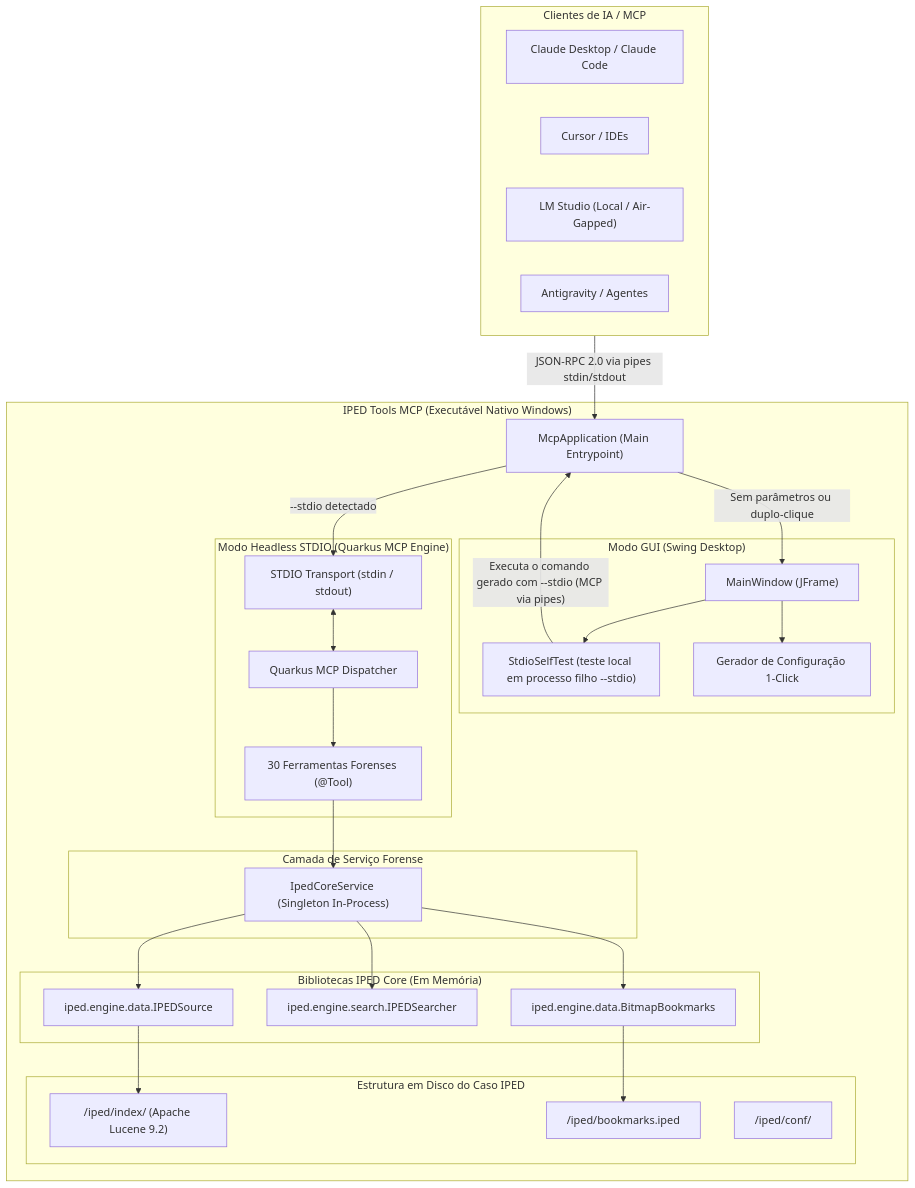
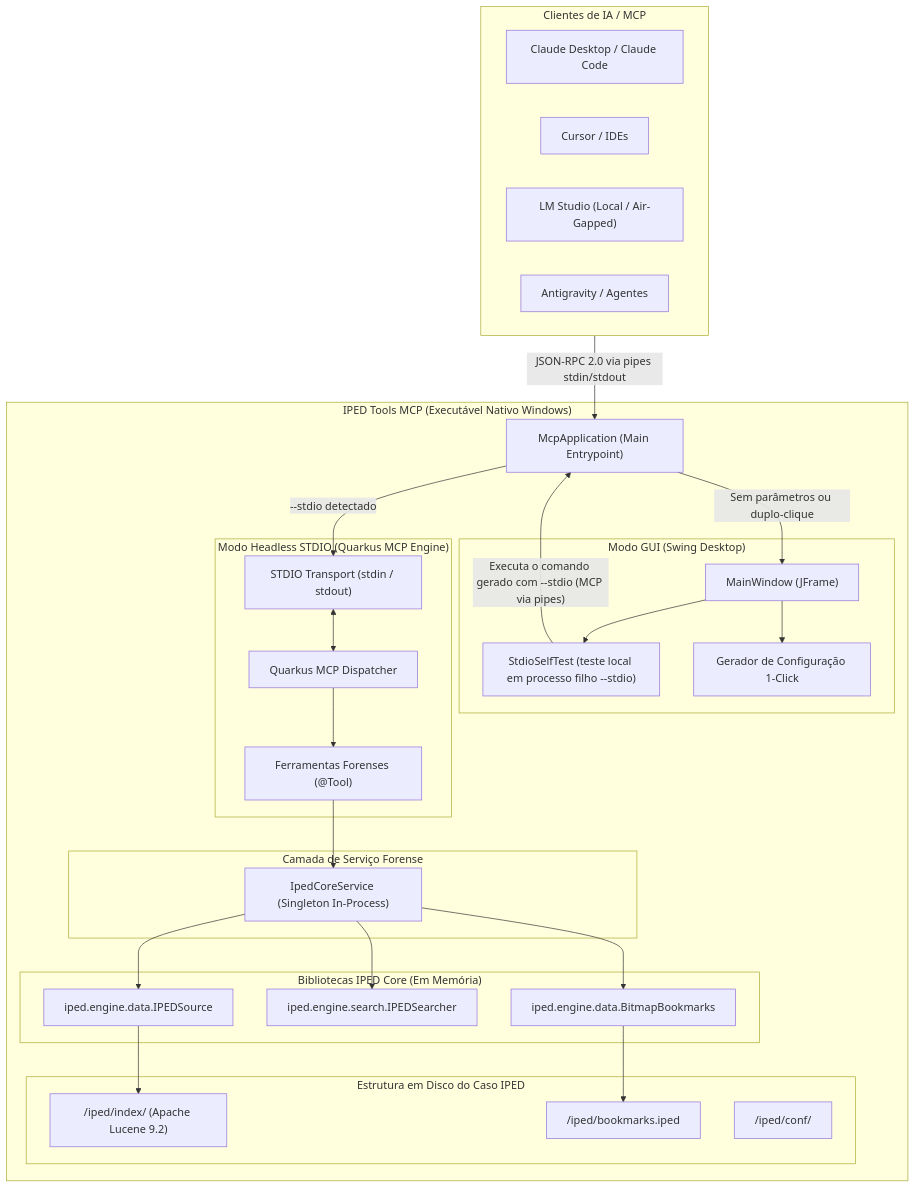
The first of 2 diagrams in docs/wiki/Dev-Arquitetura.md (thiagofuer/iped-tools-mcp), drawn with Mermaid before and after one commit. The commit also changed other lines of this file and 15 other files, not shown here.

````diff
--- a/docs/wiki/Dev-Arquitetura.md
+++ b/docs/wiki/Dev-Arquitetura.md
@@ -9,60 +9,60 @@
 ```mermaid
 graph TD
     subgraph LLM_Client ["Clientes de IA / MCP"]
         Claude["Claude Desktop / Claude Code"]
         CursorApp["Cursor / IDEs"]
         LMStudio["LM Studio (Local / Air-Gapped)"]
         Antigravity["Antigravity / Agentes"]
     end
 
     subgraph Product ["IPED Tools MCP (Executável Nativo Windows)"]
         Launcher["McpApplication (Main Entrypoint)"]
 
         subgraph GUI_Layer ["Modo GUI (Swing Desktop)"]
             MainWindow["MainWindow (JFrame)"]
             SelfTest["StdioSelfTest (teste local em processo filho --stdio)"]
             ConfigGen["Gerador de Configuração 1-Click"]
         end
 
         subgraph MCP_Layer ["Modo Headless STDIO (Quarkus MCP Engine)"]
             StdioHandler["STDIO Transport (stdin / stdout)"]
             McpDispatcher["Quarkus MCP Dispatcher"]
-            Tools["30 Ferramentas Forenses (@Tool)"]
+            Tools["Ferramentas Forenses (@Tool)"]
         end
 
         subgraph Core_Service ["Camada de Serviço Forense"]
             IpedService["IpedCoreService (Singleton In-Process)"]
         end
 
         subgraph IPED_Core ["Bibliotecas IPED Core (Em Memória)"]
             IPEDSource["iped.engine.data.IPEDSource"]
             IPEDSearcher["iped.engine.search.IPEDSearcher"]
             Bookmarks["iped.engine.data.BitmapBookmarks"]
         end
 
         subgraph Case_Files ["Estrutura em Disco do Caso IPED"]
             LuceneIndex["<caso>/iped/index/ (Apache Lucene 9.2)"]
             BookmarksFile["<caso>/iped/bookmarks.iped"]
             ConfFiles["<caso>/iped/conf/"]
         end
     end
 
     LLM_Client -->|"JSON-RPC 2.0 via pipes stdin/stdout"| Launcher
     Launcher -->|"--stdio detectado"| StdioHandler
     Launcher -->|"Sem parâmetros ou duplo-clique"| MainWindow
 
     MainWindow --> SelfTest
     MainWindow --> ConfigGen
     SelfTest -->|"Executa o comando gerado com --stdio (MCP via pipes)"| Launcher
 
     StdioHandler <--> McpDispatcher
     McpDispatcher --> Tools
     Tools --> IpedService
 
     IpedService --> IPEDSource
     IpedService --> IPEDSearcher
     IpedService --> Bookmarks
 
     IPEDSource --> LuceneIndex
     Bookmarks --> BookmarksFile
 ```
````
